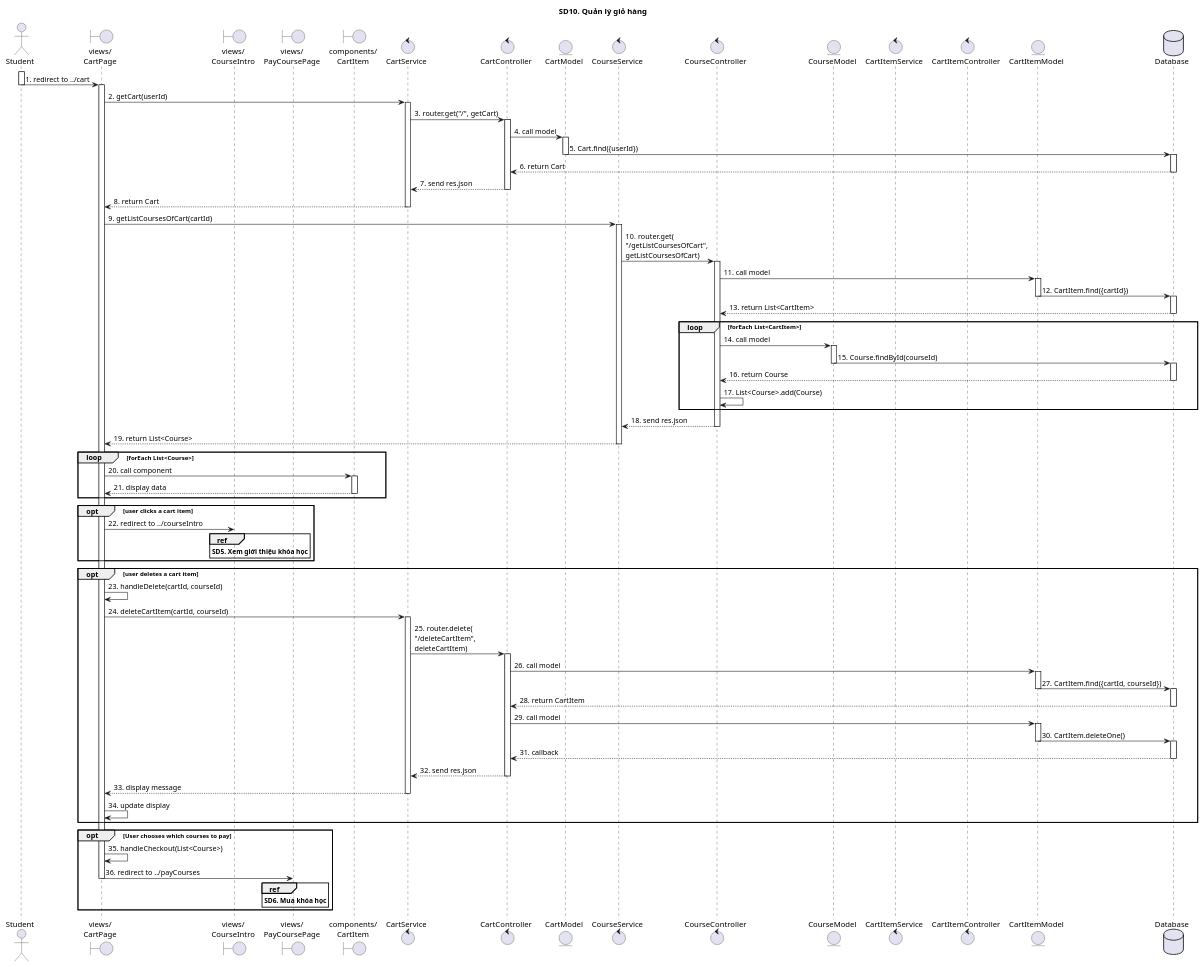
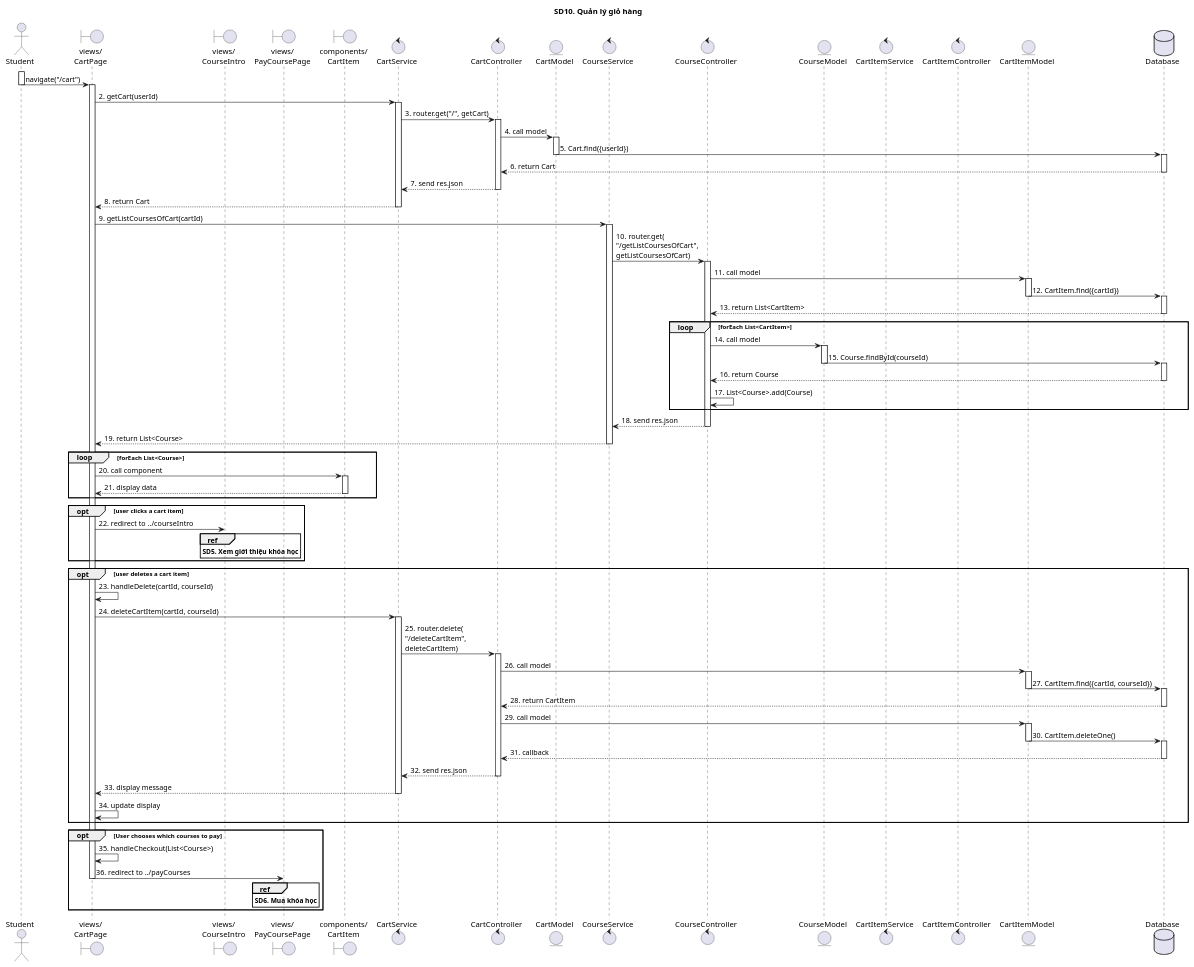
The diagram in SequenceDiagrams/CNPMHDT/sd10.puml (The-Cookies-Team/UML-Diagrams), drawn with PlantUML before and after one commit. The commit also changed 3 other files, not shown here.

```diff
--- a/SequenceDiagrams/CNPMHDT/sd10.puml
+++ b/SequenceDiagrams/CNPMHDT/sd10.puml
@@ -1,122 +1,122 @@
 @startuml
 
 title SD10. Quản lý giỏ hàng
 
 actor "Student" as Actor
 boundary "views/\nCartPage" as CartPage
 boundary "views/\nCourseIntro" as CourseIntro
 boundary "views/\nPayCoursePage" as PayCourse
 boundary "components/\nCartItem" as CartItem
 control "CartService"
 control "CartController"
 entity "CartModel"
 control "CourseService"
 control "CourseController"
 entity "CourseModel"
 control "CartItemService"
 control "CartItemController"
 entity "CartItemModel"
 database "Database" as Database
 
 activate Actor
-Actor -> CartPage: 1. redirect to ../cart
+Actor -> CartPage: navigate("/cart")
 deactivate Actor
 
 activate CartPage
 CartPage -> CartService: 2. getCart(userId)
 activate CartService
 CartService -> CartController: 3. router.get("/", getCart)
 activate CartController
 CartController -> CartModel: 4. call model
 activate CartModel
 CartModel -> Database: 5. Cart.find({userId})
 deactivate CartModel
 activate Database
 Database --> CartController: 6. return Cart
 deactivate Database
 CartController --> CartService: 7. send res.json
 deactivate CartController
 CartService --> CartPage: 8. return Cart
 deactivate CartService
 CartPage -> CourseService: 9. getListCoursesOfCart(cartId)
 activate CourseService
 CourseService -> CourseController: 10. router.get(\n"/getListCoursesOfCart",\ngetListCoursesOfCart)
 activate CourseController
 CourseController -> CartItemModel: 11. call model
 activate CartItemModel
 CartItemModel -> Database: 12. CartItem.find({cartId})
 deactivate CartItemModel
 activate Database
 Database --> CourseController: 13. return List<CartItem>
 deactivate Database
 loop forEach List<CartItem>
 CourseController -> CourseModel: 14. call model
 activate CourseModel
 CourseModel -> Database: 15. Course.findById(courseId)
 deactivate CourseModel
 activate Database
 deactivate CourseModel
 Database --> CourseController: 16. return Course
 deactivate Database
 CourseController -> CourseController: 17. List<Course>.add(Course)
 end
 CourseController --> CourseService: 18. send res.json
 deactivate CourseController
 CourseService --> CartPage: 19. return List<Course>
 deactivate CourseService
 
 loop forEach List<Course>
 
 CartPage -> CartItem: 20. call component
 
 activate CartItem
 CartItem --> CartPage: 21. display data
 deactivate CartItem
 
 end
 
 opt user clicks a cart item
 CartPage -> CourseIntro: 22. redirect to ../courseIntro
 ref over CourseIntro
 **SD5. Xem giới thiệu khóa học**
 end ref
 end group
 
 opt user deletes a cart item
 CartPage -> CartPage: 23. handleDelete(cartId, courseId)
 CartPage -> CartService: 24. deleteCartItem(cartId, courseId)
 activate CartService
 CartService -> CartController: 25. router.delete(\n"/deleteCartItem",\ndeleteCartItem)
 activate CartController
 CartController -> CartItemModel: 26. call model
 activate CartItemModel
 CartItemModel -> Database: 27. CartItem.find({cartId, courseId})
 deactivate CartItemModel
 activate Database
 Database --> CartController: 28. return CartItem
 deactivate Database
 CartController -> CartItemModel: 29. call model
 activate CartItemModel
 CartItemModel -> Database: 30. CartItem.deleteOne()
 deactivate CartItemModel
 activate Database
 Database --> CartController: 31. callback
 deactivate Database
 CartController --> CartService: 32. send res.json
 deactivate CartController
 CartService --> CartPage: 33. display message
 deactivate CartService
 CartPage -> CartPage: 34. update display
 end
 
 opt User chooses which courses to pay
 CartPage -> CartPage: 35. handleCheckout(List<Course>)
 CartPage -> PayCourse: 36. redirect to ../payCourses
 deactivate CartPage
 
 ref over PayCourse
 **SD6. Mua khóa học**
 end ref
 end
 
 @enduml
```
